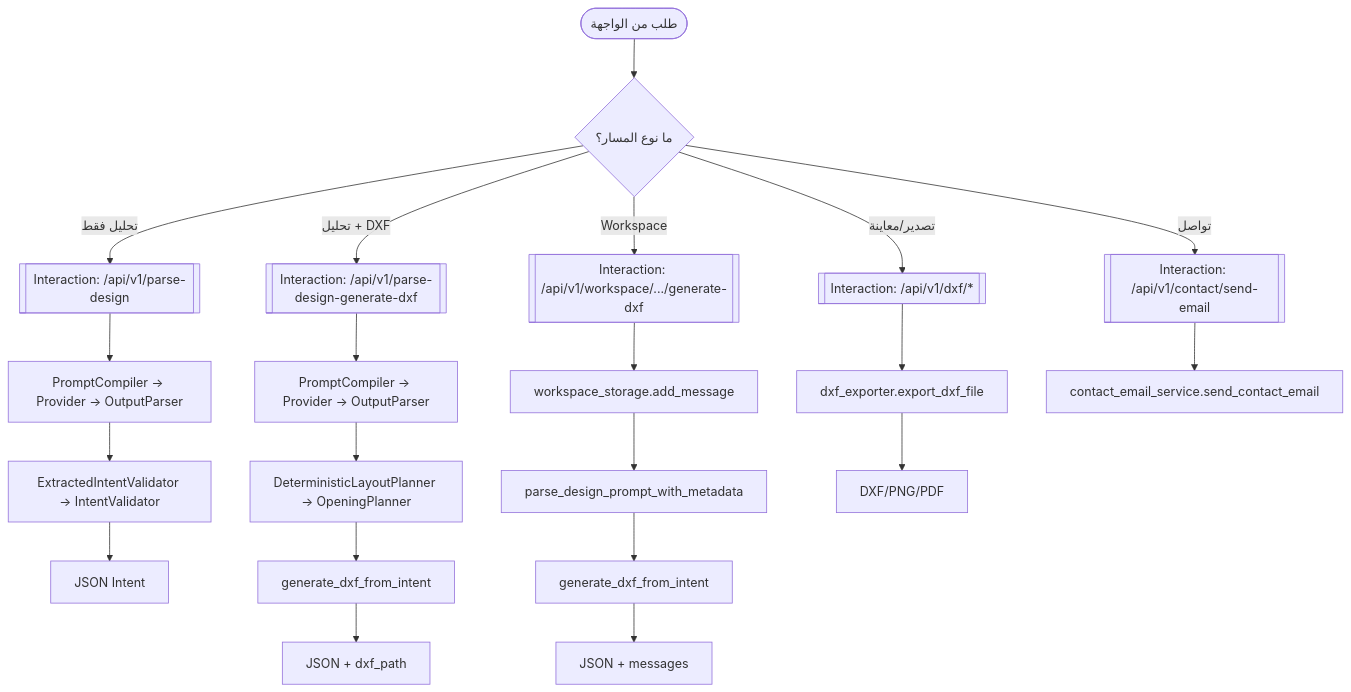
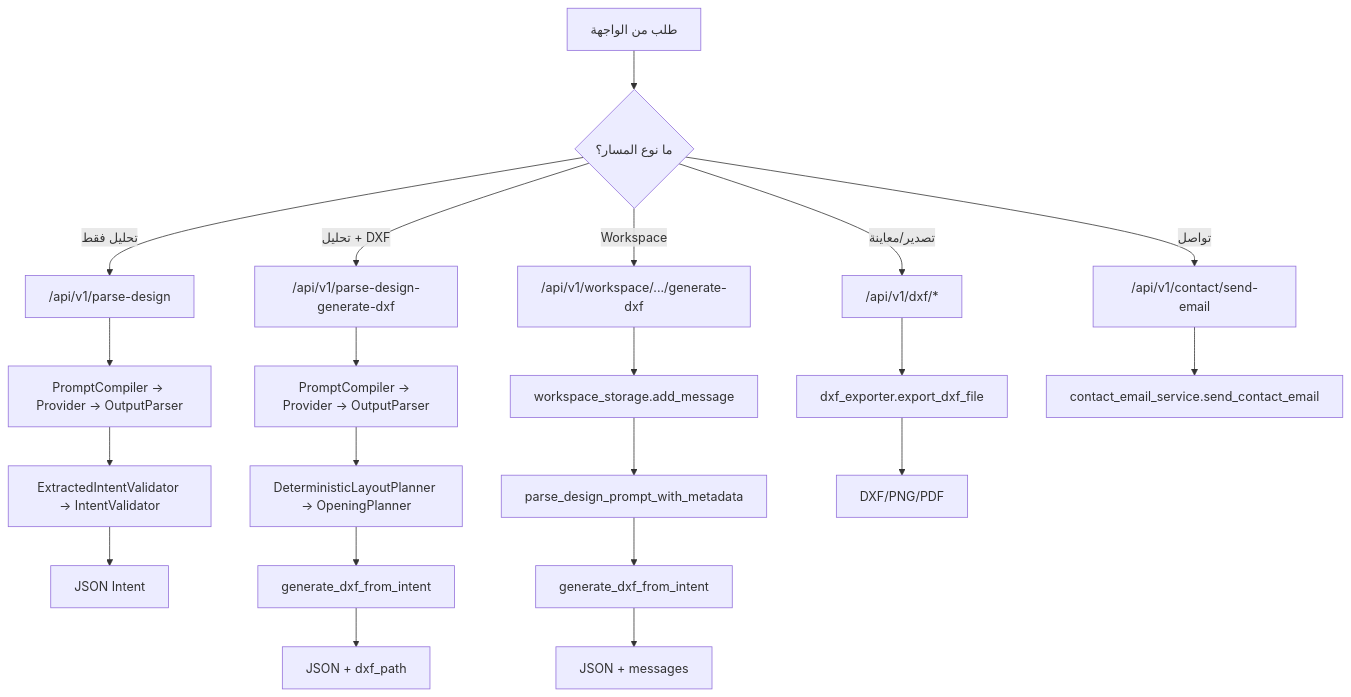
Before and after one commit to Youssefx64/CadArena: the diagram in docs/uml/behaviour/06_interaction_overview_diagram.md, drawn with Mermaid. The commit also changed other lines of this file and 7 other files, not shown here.

````diff
--- a/docs/uml/behaviour/06_interaction_overview_diagram.md
+++ b/docs/uml/behaviour/06_interaction_overview_diagram.md
@@ -8,29 +8,29 @@
 ```mermaid
 flowchart TD
-    BEGIN_NODE(["طلب من الواجهة"]) --> CHOICE_NODE{"ما نوع المسار؟"}
+    START["طلب من الواجهة"] --> CHOICE{"ما نوع المسار؟"}
 
-    CHOICE_NODE -->|"تحليل فقط"| PARSE_ONLY_NODE[["Interaction: /api/v1/parse-design"]]
-    CHOICE_NODE -->|"تحليل + DXF"| PARSE_DXF_NODE[["Interaction: /api/v1/parse-design-generate-dxf"]]
-    CHOICE_NODE -->|"Workspace"| WORKSPACE_NODE[["Interaction: /api/v1/workspace/.../generate-dxf"]]
-    CHOICE_NODE -->|"تصدير/معاينة"| EXPORT_NODE[["Interaction: /api/v1/dxf/*"]]
-    CHOICE_NODE -->|"تواصل"| CONTACT_NODE[["Interaction: /api/v1/contact/send-email"]]
+    CHOICE -->|"تحليل فقط"| PARSE_ONLY["/api/v1/parse-design"]
+    CHOICE -->|"تحليل + DXF"| PARSE_DXF["/api/v1/parse-design-generate-dxf"]
+    CHOICE -->|"Workspace"| WORKSPACE["/api/v1/workspace/.../generate-dxf"]
+    CHOICE -->|"تصدير/معاينة"| EXPORT["/api/v1/dxf/*"]
+    CHOICE -->|"تواصل"| CONTACT["/api/v1/contact/send-email"]
 
-    PARSE_ONLY_NODE --> PARSE_CORE_NODE["PromptCompiler → Provider → OutputParser"]
-    PARSE_CORE_NODE --> PARSE_VALIDATE_NODE["ExtractedIntentValidator → IntentValidator"]
-    PARSE_VALIDATE_NODE --> PARSE_ONLY_RETURN_NODE["JSON Intent"]
+    PARSE_ONLY --> PARSE_CORE["PromptCompiler → Provider → OutputParser"]
+    PARSE_CORE --> PARSE_VALIDATE["ExtractedIntentValidator → IntentValidator"]
+    PARSE_VALIDATE --> PARSE_ONLY_RETURN["JSON Intent"]
 
-    PARSE_DXF_NODE --> PARSE_CORE_NODE2["PromptCompiler → Provider → OutputParser"]
-    PARSE_CORE_NODE2 --> PLAN_NODE2["DeterministicLayoutPlanner → OpeningPlanner"]
-    PLAN_NODE2 --> DXF_NODE2["generate_dxf_from_intent"]
-    DXF_NODE2 --> PARSE_DXF_RETURN_NODE["JSON + dxf_path"]
+    PARSE_DXF --> PARSE_CORE_2["PromptCompiler → Provider → OutputParser"]
+    PARSE_CORE_2 --> PLAN_2["DeterministicLayoutPlanner → OpeningPlanner"]
+    PLAN_2 --> DXF_2["generate_dxf_from_intent"]
+    DXF_2 --> PARSE_DXF_RETURN["JSON + dxf_path"]
 
-    WORKSPACE_NODE --> PERSIST_NODE["workspace_storage.add_message"]
-    PERSIST_NODE --> PLAN_NODE3["parse_design_prompt_with_metadata"]
-    PLAN_NODE3 --> DXF_NODE3["generate_dxf_from_intent"]
-    DXF_NODE3 --> WORKSPACE_RETURN_NODE["JSON + messages"]
+    WORKSPACE --> PERSIST["workspace_storage.add_message"]
+    PERSIST --> PLAN_3["parse_design_prompt_with_metadata"]
+    PLAN_3 --> DXF_3["generate_dxf_from_intent"]
+    DXF_3 --> WORKSPACE_RETURN["JSON + messages"]
 
-    EXPORT_NODE --> EXPORTER_NODE["dxf_exporter.export_dxf_file"]
-    EXPORTER_NODE --> FILE_RESPONSE_NODE["DXF/PNG/PDF"]
+    EXPORT --> EXPORTER["dxf_exporter.export_dxf_file"]
+    EXPORTER --> FILE_RESPONSE["DXF/PNG/PDF"]
 
-    CONTACT_NODE --> SMTP_NODE["contact_email_service.send_contact_email"]
+    CONTACT --> SMTP["contact_email_service.send_contact_email"]
 ```
````
